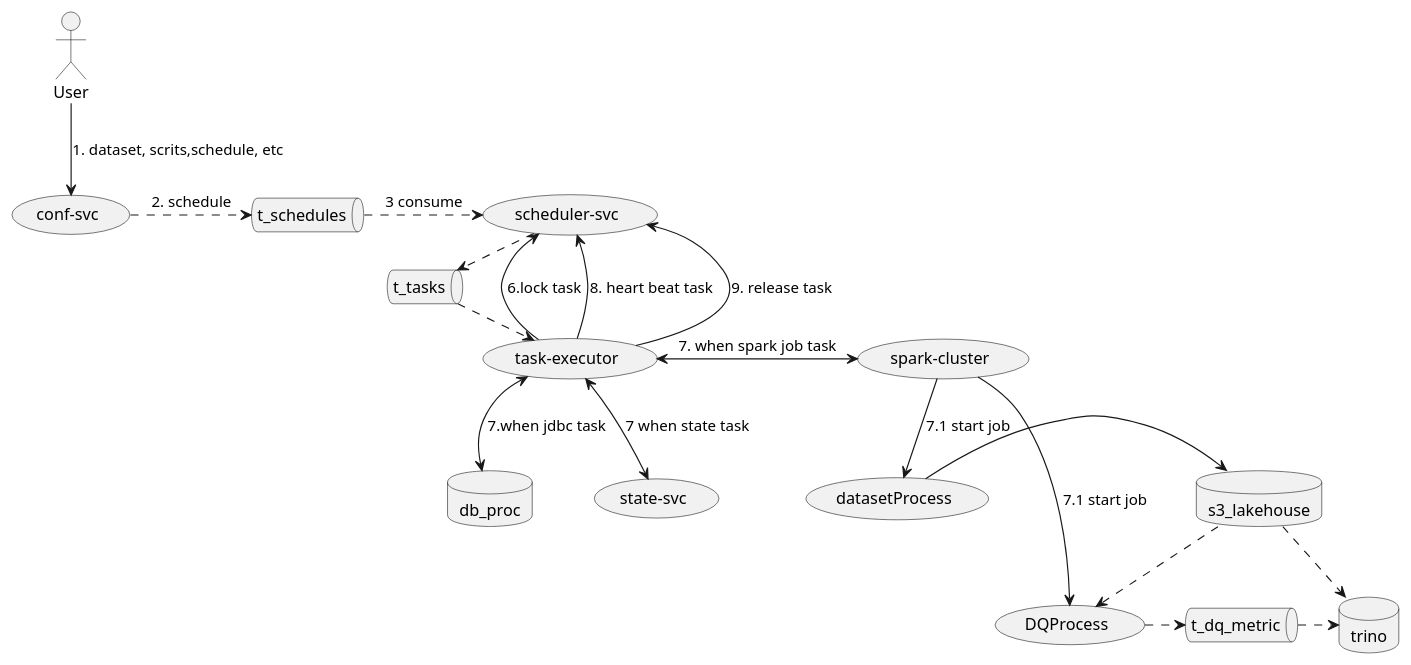
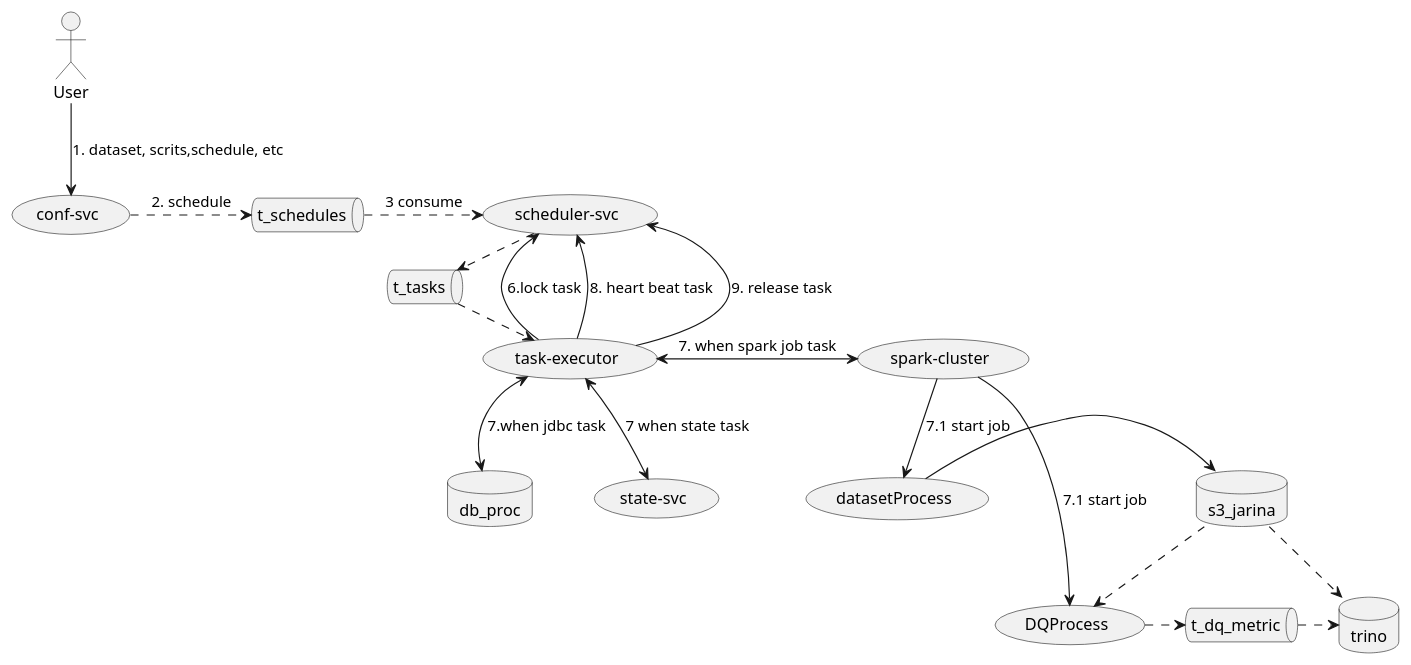
One commit to zaytsevdmitry/lakehouse changed the diagram in demo/uml/flow.puml. Above: the diagram before and after it, drawn with PlantUML. The commit also changed 2462 other files, not shown here.

```diff
--- a/demo/uml/flow.puml
+++ b/demo/uml/flow.puml
@@ -1,28 +1,28 @@
 @startuml
 
 queue  t_schedules
 queue  t_tasks
 queue  t_dq_metric
 database db_proc
 database trino
-database s3_lakehouse
+database s3_jarina
 
 User --> (conf-svc): 1. dataset, scrits,schedule, etc
 (conf-svc) .> t_schedules: 2. schedule
 t_schedules .> (scheduler-svc): 3 consume
 (scheduler-svc) .> t_tasks: 4. taskId
 t_tasks .> (task-executor): 5. consume
 (task-executor) -> (scheduler-svc): 6.lock task
 (task-executor) <--> (state-svc): 7 when state task
 (task-executor) <--> db_proc: 7.when jdbc task
 (task-executor) <-> (spark-cluster): 7. when spark job task
 (task-executor) --> (scheduler-svc): 8. heart beat task
 (task-executor) --> (scheduler-svc): 9. release task
 (spark-cluster) --> (datasetProcess): 7.1 start job
-(datasetProcess) -> s3_lakehouse
-s3_lakehouse ..> (DQProcess)
+(datasetProcess) -> s3_jarina
+s3_jarina ..> (DQProcess)
 (spark-cluster) -> (DQProcess): 7.1 start job
 (DQProcess) .> t_dq_metric
 t_dq_metric .> trino
-s3_lakehouse .> trino
+s3_jarina .> trino
 @enduml
```
